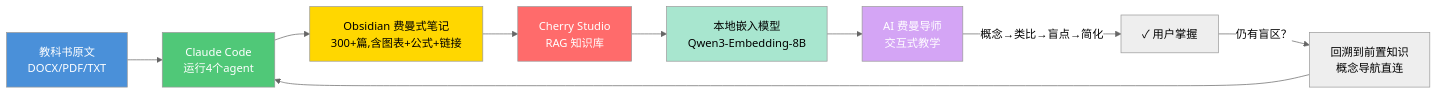
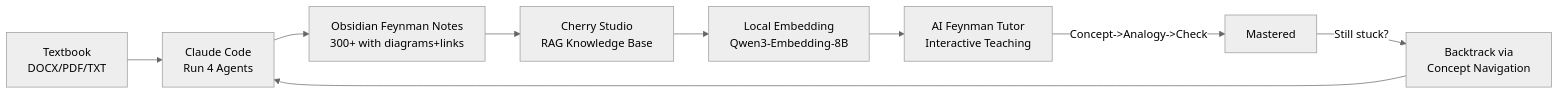
One commit to 3229218431/FeynFlow changed the third of 6 diagrams in README.md. Above: the diagram before and after it, drawn with Mermaid (neutral theme). The commit also changed other lines of this file, not shown here.

Commit message:
Fix quadrantChart syntax (use English), remove hardcoded styles for dark mode compat, fix timeline syntax

````diff
--- a/README.md
+++ b/README.md
@@ -58,19 +58,12 @@
 ```mermaid
 flowchart LR
-    A[教科书原文<br>DOCX/PDF/TXT] --> B[Claude Code<br>运行4个agent]
-    B --> C[Obsidian 费曼式笔记<br>300+篇,含图表+公式+链接]
-    C --> D[Cherry Studio<br>RAG 知识库]
-    D --> E[本地嵌入模型<br>Qwen3-Embedding-8B]
-    E --> F[AI 费曼导师<br>交互式教学]
+    A[Textbook<br>DOCX/PDF/TXT] --> B[Claude Code<br>Run 4 Agents]
+    B --> C[Obsidian Feynman Notes<br>300+ with diagrams+links]
+    C --> D[Cherry Studio<br>RAG Knowledge Base]
+    D --> E[Local Embedding<br>Qwen3-Embedding-8B]
+    E --> F[AI Feynman Tutor<br>Interactive Teaching]
     
-    F -->|概念→类比→盲点→简化| G[✓ 用户掌握]
-    G -->|仍有盲区？| H[回溯到前置知识<br>概念导航直连]
+    F -->|Concept->Analogy->Check| G[Mastered]
+    G -->|Still stuck?| H[Backtrack via<br>Concept Navigation]
     H --> B
-
-    style A fill:#4a90d9,color:#fff
-    style B fill:#50c878,color:#fff
-    style C fill:#ffd700,color:#000
-    style D fill:#ff6b6b,color:#fff
-    style E fill:#a8e6cf,color:#000
-    style F fill:#d4a5f5,color:#fff
 ```
````
